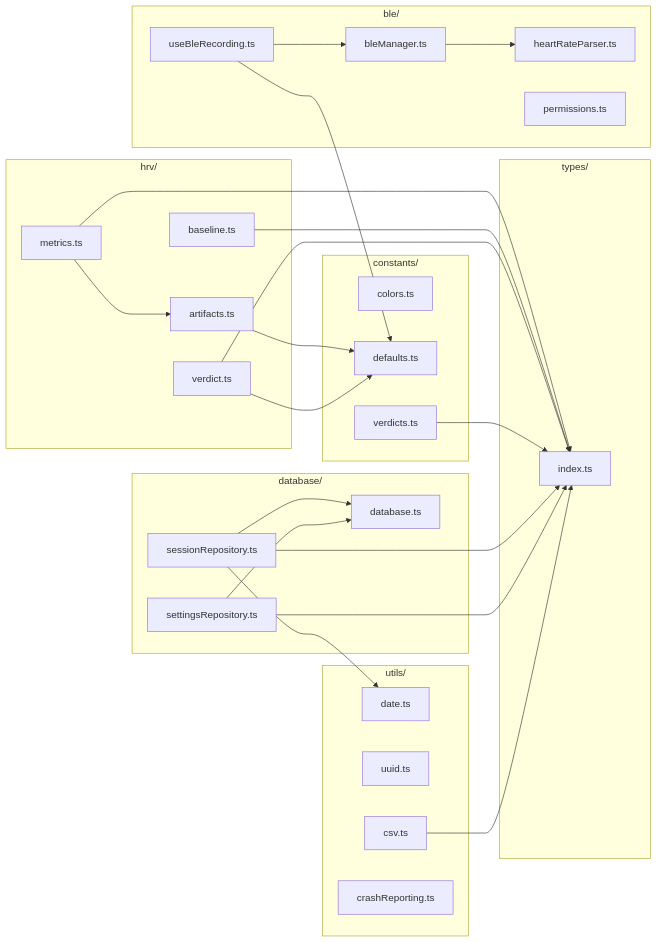
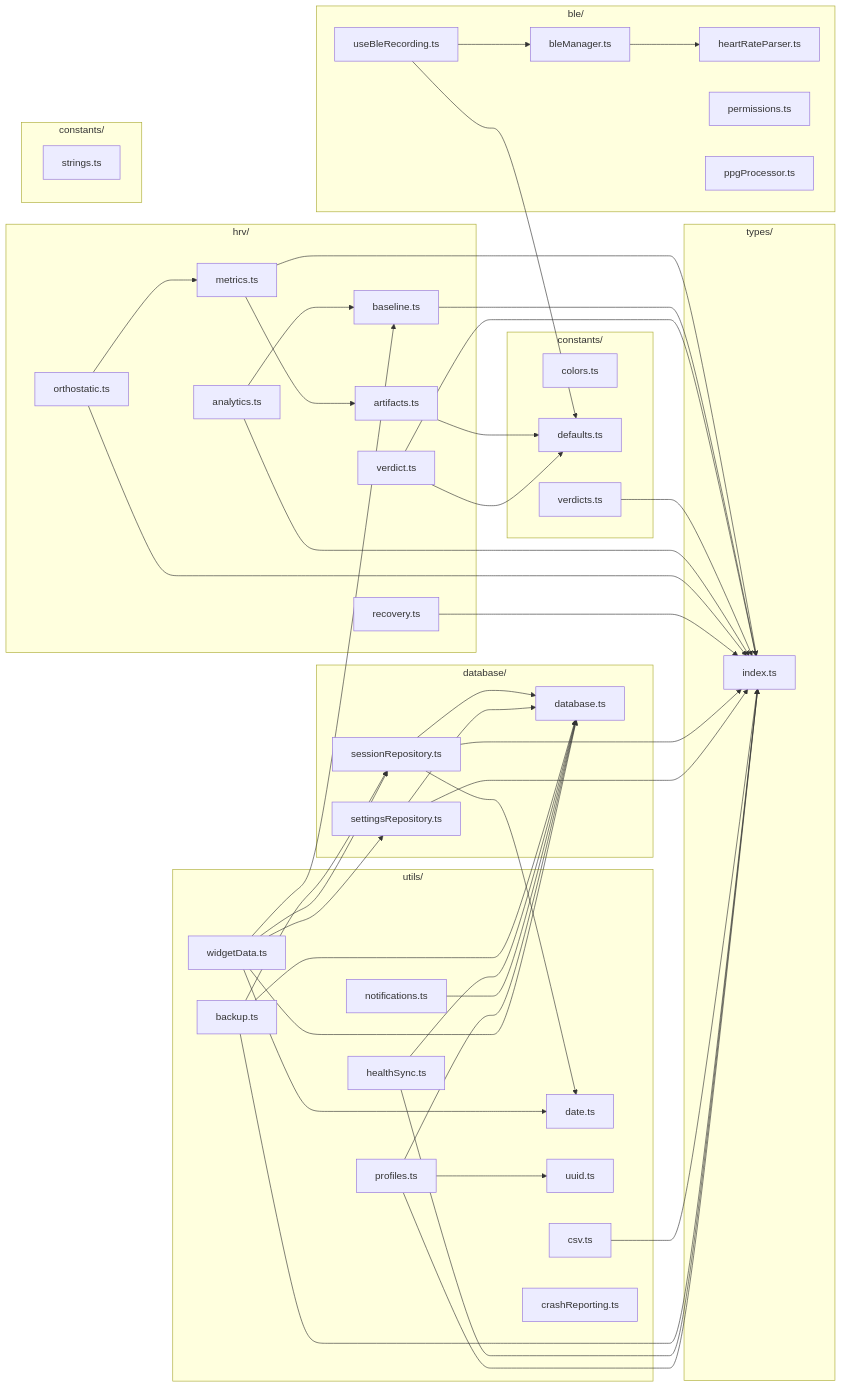
One commit to josedab/hrv-dashboard changed the seventh of 10 diagrams in docs/ARCHITECTURE.md. Above: the diagram before and after it, drawn with Mermaid. The commit also changed other lines of this file and 56 other files, not shown here.

````diff
--- a/docs/ARCHITECTURE.md
+++ b/docs/ARCHITECTURE.md
@@ -277,54 +317,78 @@
 ```mermaid
 graph LR
     subgraph Types["types/"]
         T[index.ts]
     end
 
     subgraph Constants["constants/"]
         Colors[colors.ts]
         Defaults[defaults.ts]
         Verdicts[verdicts.ts]
     end
 
     subgraph HRV["hrv/"]
         Metrics[metrics.ts]
         Artifacts[artifacts.ts]
         Baseline[baseline.ts]
         Verdict[verdict.ts]
+        Analytics[analytics.ts]
+        OrthoMod[orthostatic.ts]
+        RecoveryMod[recovery.ts]
     end
 
     subgraph BLE_["ble/"]
         BleM[bleManager.ts]
         Parser[heartRateParser.ts]
         Perms[permissions.ts]
         Hook[useBleRecording.ts]
+        PPGMod[ppgProcessor.ts]
     end
 
     subgraph Database_["database/"]
         DB[database.ts]
         SRepo[sessionRepository.ts]
         StRepo[settingsRepository.ts]
     end
 
     subgraph Utils["utils/"]
         Date[date.ts]
         UUID[uuid.ts]
         CSV[csv.ts]
         Crash[crashReporting.ts]
+        BackupMod[backup.ts]
+        HealthMod[healthSync.ts]
+        NotifMod[notifications.ts]
+        ProfileMod[profiles.ts]
+        WidgetMod[widgetData.ts]
+    end
+
+    subgraph Constants_["constants/"]
+        Colors[colors.ts]
+        Defaults[defaults.ts]
+        Verdicts[verdicts.ts]
+        Strings[strings.ts]
     end
 
     Metrics --> Artifacts
     Metrics --> T
     Artifacts --> Defaults
     Baseline --> T
     Verdict --> T & Defaults
     Verdicts --> T
+    Analytics --> Baseline & T
+    OrthoMod --> Metrics & T
+    RecoveryMod --> T
 
     BleM --> Parser
     Hook --> BleM & Defaults
 
     SRepo --> DB & T & Date
     StRepo --> DB & T
 
     CSV --> T
+    BackupMod --> DB & SRepo & T
+    HealthMod --> DB & T
+    NotifMod --> DB
+    ProfileMod --> DB & T & UUID
+    WidgetMod --> DB & SRepo & StRepo & Baseline & Date
 ```
````
